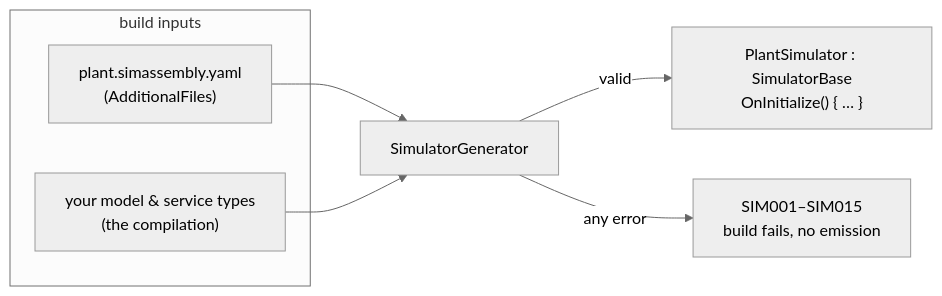
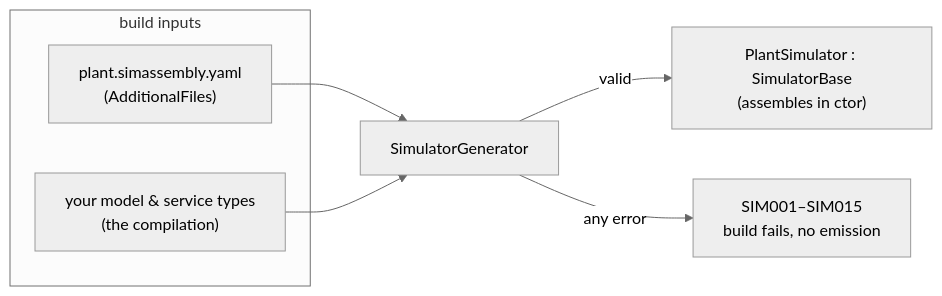
Before and after one commit to SimulaSharp-org/simulasharp-docs: the first of 2 diagrams in public/content/the-assembly.md, drawn with Mermaid (neutral theme). The commit also changed other lines of this file and 28 other files, not shown here.

````diff
--- a/public/content/the-assembly.md
+++ b/public/content/the-assembly.md
@@ -16,11 +16,11 @@
 ```mermaid
 flowchart LR
   subgraph inputs["build inputs"]
     Y["plant.simassembly.yaml<br/>(AdditionalFiles)"]
     T["your model & service types<br/>(the compilation)"]
   end
   Y --> G["SimulatorGenerator"]
   T --> G
-  G -->|"valid"| OUT["PlantSimulator : SimulatorBase<br/>OnInitialize() { … }"]
+  G -->|"valid"| OUT["PlantSimulator : SimulatorBase<br/>(assembles in ctor)"]
   G -->|"any error"| ERR["SIM001–SIM015<br/>build fails, no emission"]
 ```
````
